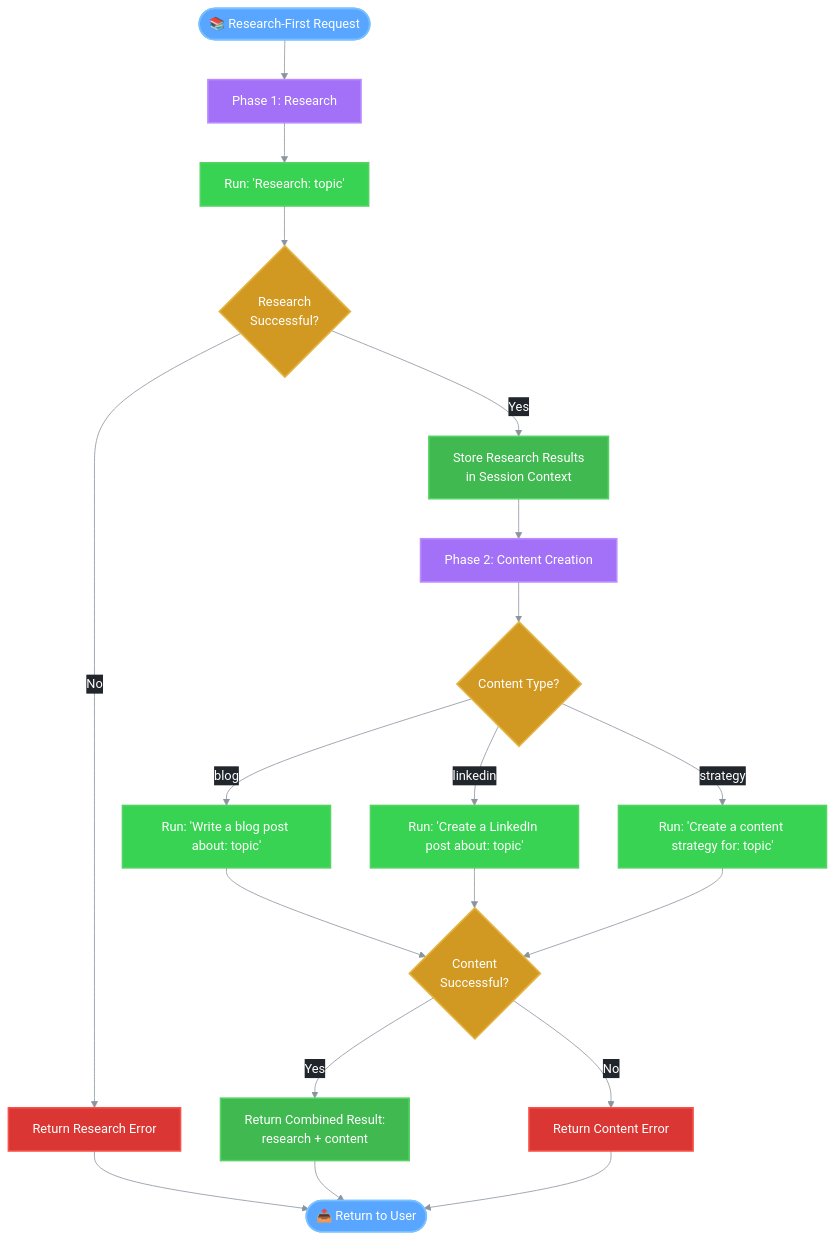
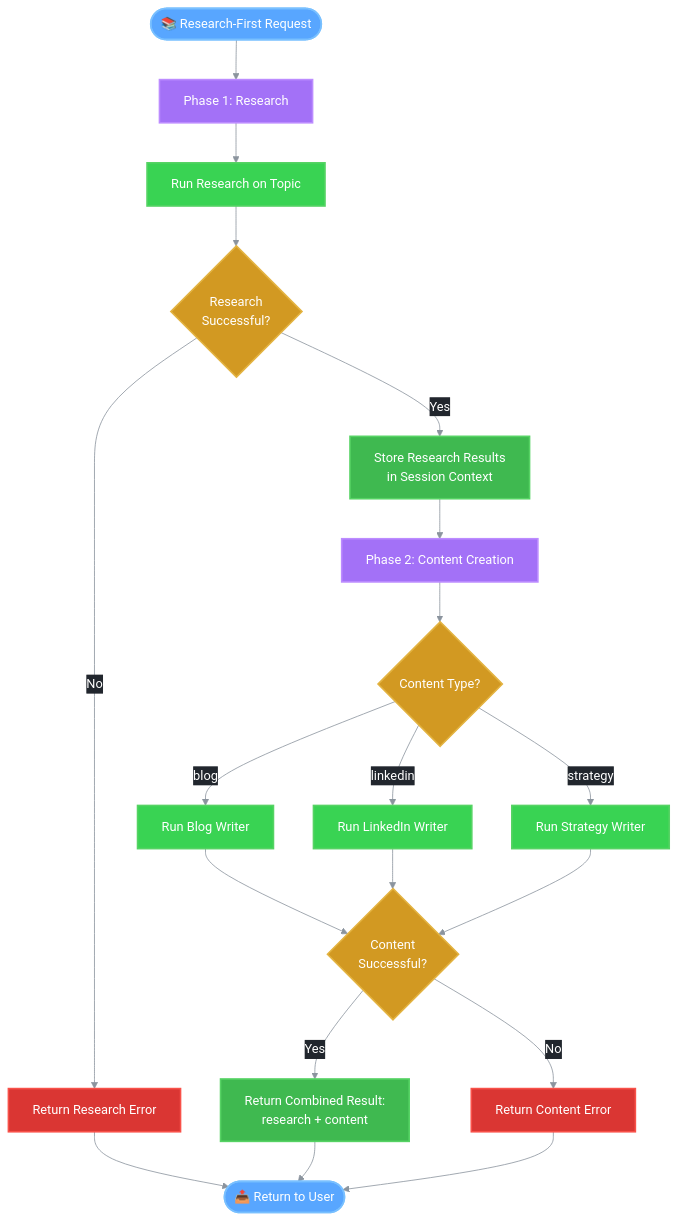
Before and after one commit to jayanthanantharaman/reach: the diagram in docs/architecture/08_research_workflow.md, drawn with Mermaid. The commit also changed 2 other files, not shown here.

Commit message:
REACH - Update mermaid diagrams

````diff
--- a/docs/architecture/08_research_workflow.md
+++ b/docs/architecture/08_research_workflow.md
@@ -15,46 +15,46 @@
 ```mermaid
 %%{init: {'theme': 'base', 'themeVariables': { 'primaryColor': '#58a6ff', 'primaryTextColor': '#ffffff', 'primaryBorderColor': '#58a6ff', 'lineColor': '#8b949e', 'secondaryColor': '#21262d', 'tertiaryColor': '#161b22', 'background': '#0d1117'}}}%%
 flowchart TD
     START([📚 Research-First Request]) --> RESEARCH_PHASE[Phase 1: Research]
     
-    RESEARCH_PHASE --> RUN_RESEARCH[Run: 'Research: topic']
+    RESEARCH_PHASE --> RUN_RESEARCH[Run Research on Topic]
     RUN_RESEARCH --> RESEARCH_SUCCESS{Research<br/>Successful?}
     
     RESEARCH_SUCCESS -->|No| RETURN_ERROR[Return Research Error]
     RESEARCH_SUCCESS -->|Yes| STORE_RESEARCH[Store Research Results<br/>in Session Context]
     
     STORE_RESEARCH --> CONTENT_PHASE[Phase 2: Content Creation]
     
     CONTENT_PHASE --> SELECT_TYPE{Content Type?}
-    SELECT_TYPE -->|blog| BLOG_PROMPT[Run: 'Write a blog post about: topic']
-    SELECT_TYPE -->|linkedin| LINKEDIN_PROMPT[Run: 'Create a LinkedIn post about: topic']
-    SELECT_TYPE -->|strategy| STRATEGY_PROMPT[Run: 'Create a content strategy for: topic']
+    SELECT_TYPE -->|blog| BLOG_PROMPT[Run Blog Writer]
+    SELECT_TYPE -->|linkedin| LINKEDIN_PROMPT[Run LinkedIn Writer]
+    SELECT_TYPE -->|strategy| STRATEGY_PROMPT[Run Strategy Writer]
     
     BLOG_PROMPT --> CONTENT_RESULT
     LINKEDIN_PROMPT --> CONTENT_RESULT
     STRATEGY_PROMPT --> CONTENT_RESULT
     
     CONTENT_RESULT{Content<br/>Successful?}
     CONTENT_RESULT -->|Yes| RETURN_COMBINED[Return Combined Result:<br/>research + content]
     CONTENT_RESULT -->|No| RETURN_CONTENT_ERROR[Return Content Error]
     
     RETURN_ERROR --> END_STATE([📤 Return to User])
     RETURN_COMBINED --> END_STATE
     RETURN_CONTENT_ERROR --> END_STATE
 
     style START fill:#58a6ff,stroke:#79c0ff,stroke-width:2px,color:#ffffff
     style RESEARCH_PHASE fill:#a371f7,stroke:#bc8cff,stroke-width:2px,color:#ffffff
     style RUN_RESEARCH fill:#39d353,stroke:#56d364,stroke-width:2px,color:#ffffff
     style RESEARCH_SUCCESS fill:#d29922,stroke:#e3b341,stroke-width:2px,color:#ffffff
     style RETURN_ERROR fill:#da3633,stroke:#f85149,stroke-width:2px,color:#ffffff
     style STORE_RESEARCH fill:#3fb950,stroke:#56d364,stroke-width:2px,color:#ffffff
     style CONTENT_PHASE fill:#a371f7,stroke:#bc8cff,stroke-width:2px,color:#ffffff
     style SELECT_TYPE fill:#d29922,stroke:#e3b341,stroke-width:2px,color:#ffffff
     style BLOG_PROMPT fill:#39d353,stroke:#56d364,stroke-width:2px,color:#ffffff
     style LINKEDIN_PROMPT fill:#39d353,stroke:#56d364,stroke-width:2px,color:#ffffff
     style STRATEGY_PROMPT fill:#39d353,stroke:#56d364,stroke-width:2px,color:#ffffff
     style CONTENT_RESULT fill:#d29922,stroke:#e3b341,stroke-width:2px,color:#ffffff
     style RETURN_COMBINED fill:#3fb950,stroke:#56d364,stroke-width:2px,color:#ffffff
     style RETURN_CONTENT_ERROR fill:#da3633,stroke:#f85149,stroke-width:2px,color:#ffffff
     style END_STATE fill:#58a6ff,stroke:#79c0ff,stroke-width:2px,color:#ffffff
 ```
````
